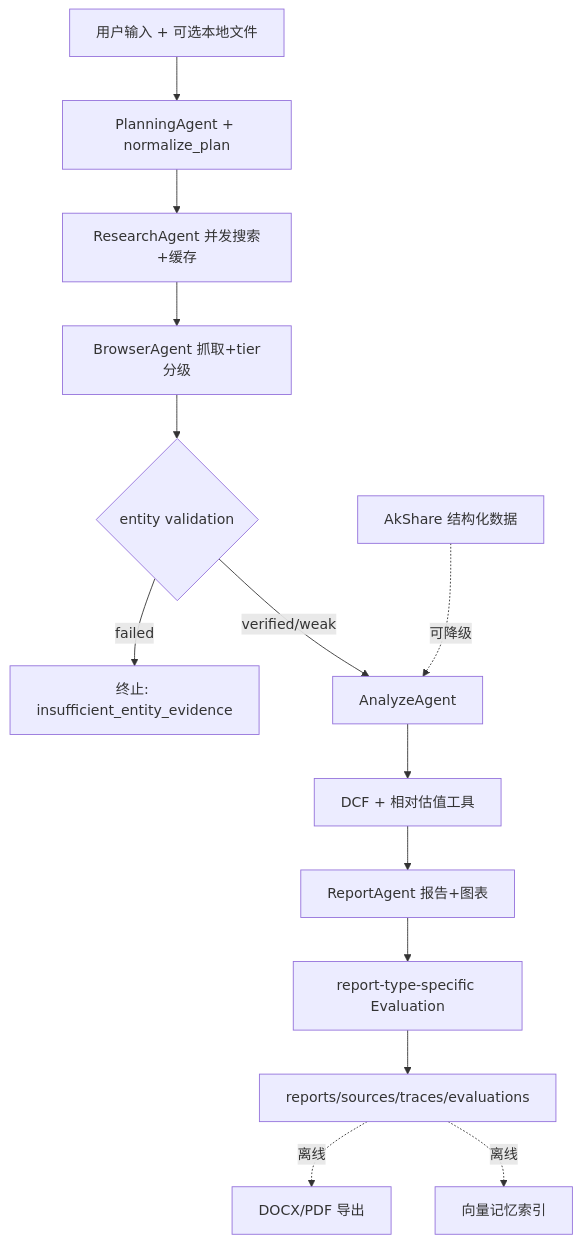
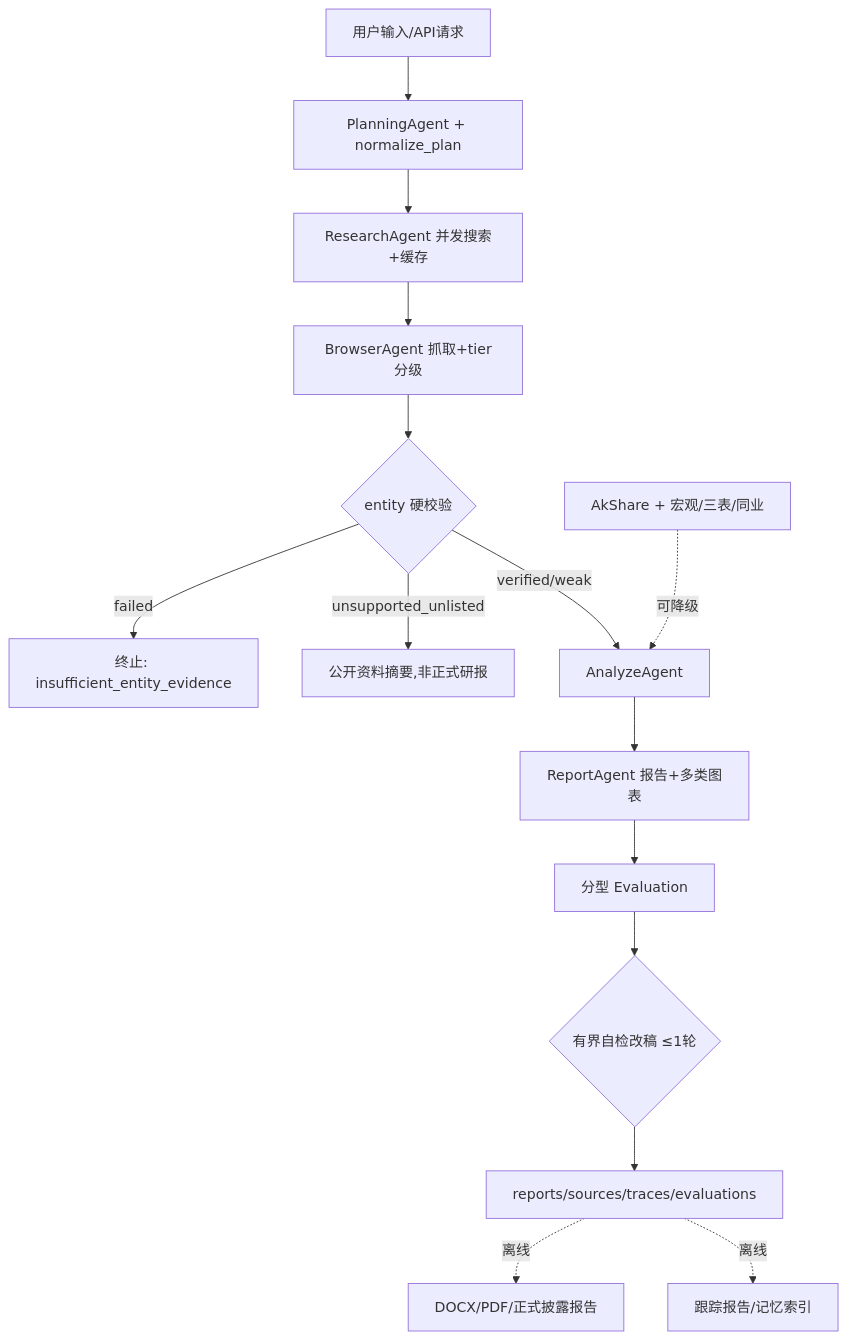
One commit to Micky0715/financial_research_agent-v1 changed the diagram in README.md. Above: the diagram before and after it, drawn with Mermaid. The commit also changed other lines of this file and 4 other files, not shown here.

````diff
--- a/README.md
+++ b/README.md
@@ -13,16 +21,17 @@
 ```mermaid
 flowchart TD
-    U[用户输入 + 可选本地文件] --> PA[PlanningAgent + normalize_plan]
+    U[用户输入/API请求] --> PA[PlanningAgent + normalize_plan]
     PA --> RA[ResearchAgent 并发搜索+缓存]
     RA --> BA[BrowserAgent 抓取+tier分级]
-    BA --> EV2{entity validation}
-    EV2 -- failed --> ABORT[终止: insufficient_entity_evidence]
-    EV2 -- verified/weak --> AA[AnalyzeAgent]
-    AK[AkShare 结构化数据] -.可降级.-> AA
-    AA --> DCF[DCF + 相对估值工具]
-    DCF --> RPA[ReportAgent 报告+图表]
-    RPA --> QE[report-type-specific Evaluation]
-    QE --> OUT[reports/sources/traces/evaluations]
-    OUT -.离线.-> EXP[DOCX/PDF 导出]
-    OUT -.离线.-> MEM[向量记忆索引]
+    BA --> EV{entity 硬校验}
+    EV -- failed --> ABORT[终止: insufficient_entity_evidence]
+    EV -- unsupported_unlisted --> SUMMARY[公开资料摘要,非正式研报]
+    EV -- verified/weak --> AA[AnalyzeAgent]
+    AK[AkShare + 宏观/三表/同业] -.可降级.-> AA
+    AA --> RPA[ReportAgent 报告+多类图表]
+    RPA --> QE[分型 Evaluation]
+    QE --> REV{有界自检改稿 ≤1轮}
+    REV --> OUT[reports/sources/traces/evaluations]
+    OUT -.离线.-> EXP[DOCX/PDF/正式披露报告]
+    OUT -.离线.-> TRK[跟踪报告/记忆索引]
 ```
````
